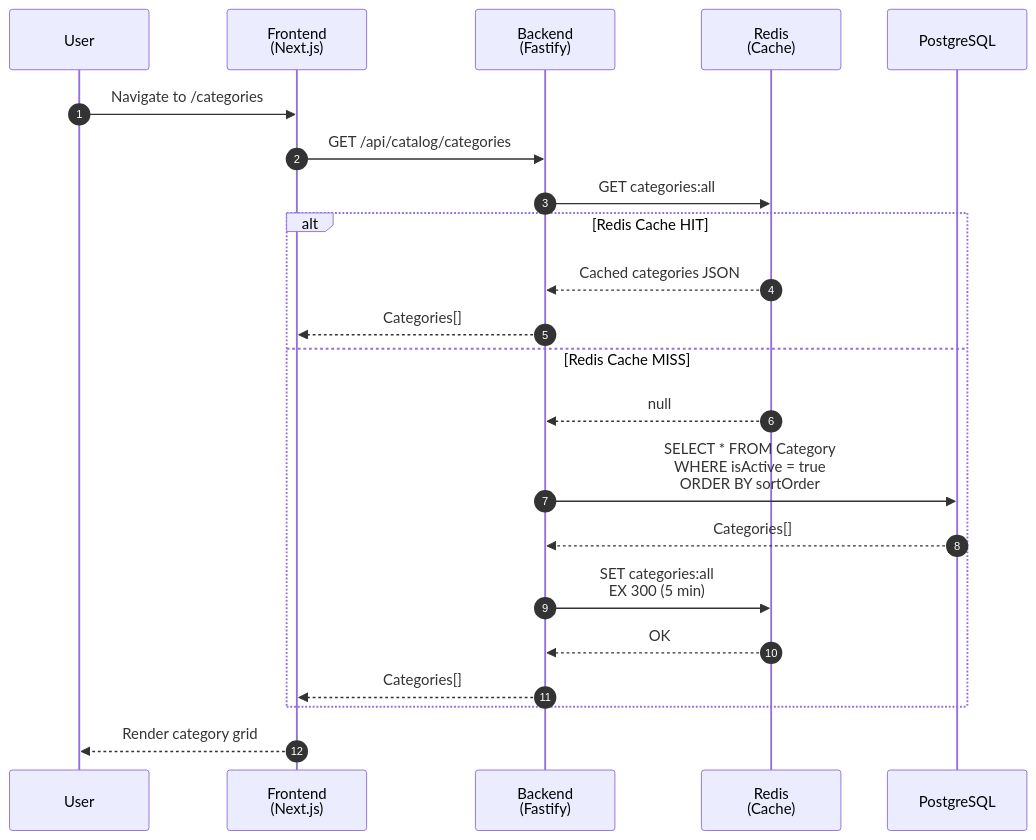
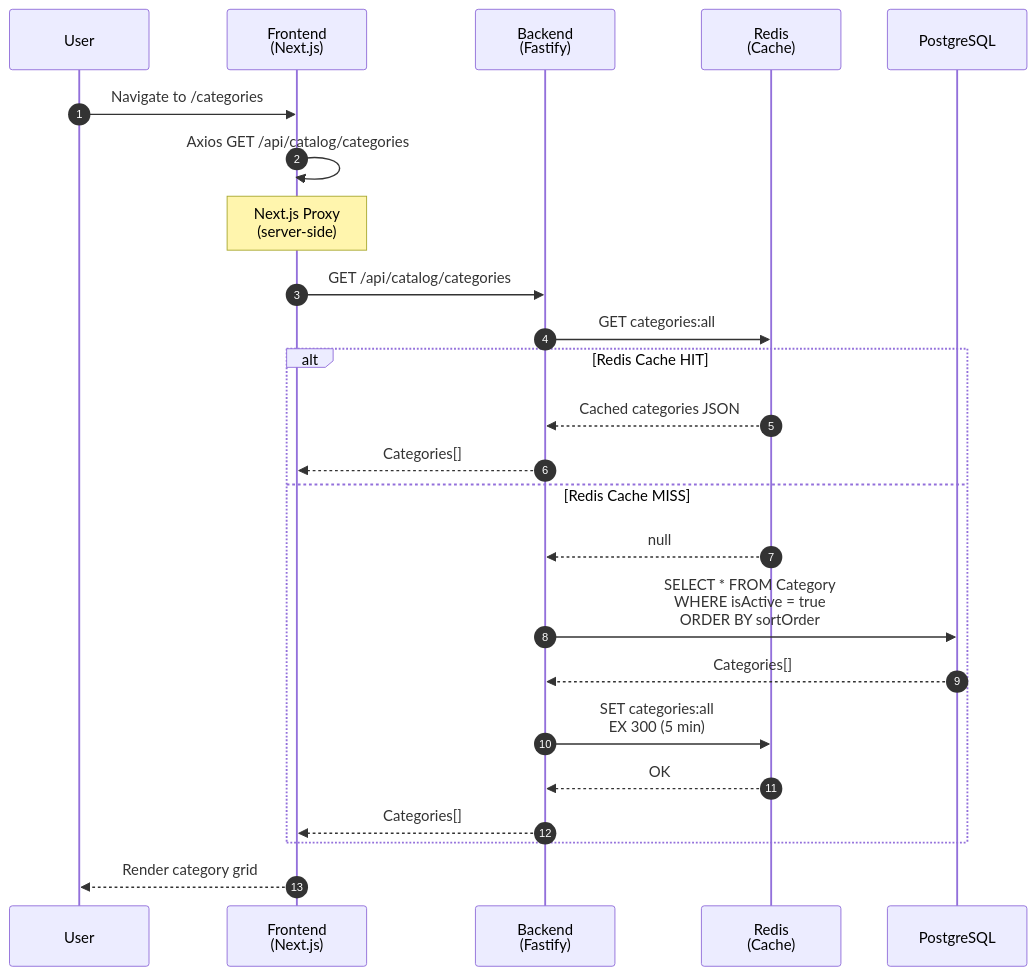
One commit to lorenzogirardi/ai-ecom-demo changed the fourth of 10 diagrams in ecommerce-demo/slides/SEQUENCE_DIAGRAMS_eng.md. Above: the diagram before and after it, drawn with Mermaid. The commit also changed other lines of this file and 1 other file, not shown here.

First line of the commit message:
docs: update sequence diagrams with Next.js proxy pattern

````diff
--- a/ecommerce-demo/slides/SEQUENCE_DIAGRAMS_eng.md
+++ b/ecommerce-demo/slides/SEQUENCE_DIAGRAMS_eng.md
@@ -115,25 +121,27 @@
 ```mermaid
 sequenceDiagram
     autonumber
     participant U as User
     participant FE as Frontend<br/>(Next.js)
     participant BE as Backend<br/>(Fastify)
     participant Redis as Redis<br/>(Cache)
     participant DB as PostgreSQL
 
     U->>FE: Navigate to /categories
+    FE->>FE: Axios GET /api/catalog/categories
+    Note over FE: Next.js Proxy<br/>(server-side)
     FE->>BE: GET /api/catalog/categories
     BE->>Redis: GET categories:all
     alt Redis Cache HIT
         Redis-->>BE: Cached categories JSON
         BE-->>FE: Categories[]
     else Redis Cache MISS
         Redis-->>BE: null
         BE->>DB: SELECT * FROM Category<br/>WHERE isActive = true<br/>ORDER BY sortOrder
         DB-->>BE: Categories[]
         BE->>Redis: SET categories:all<br/>EX 300 (5 min)
         Redis-->>BE: OK
         BE-->>FE: Categories[]
     end
     FE-->>U: Render category grid
 ```
````
